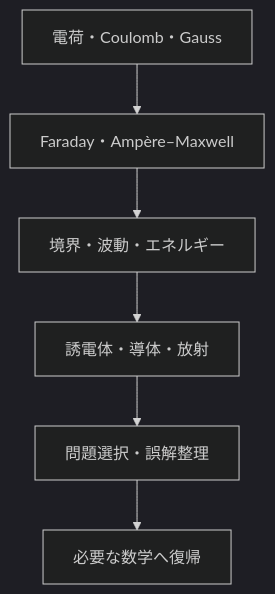
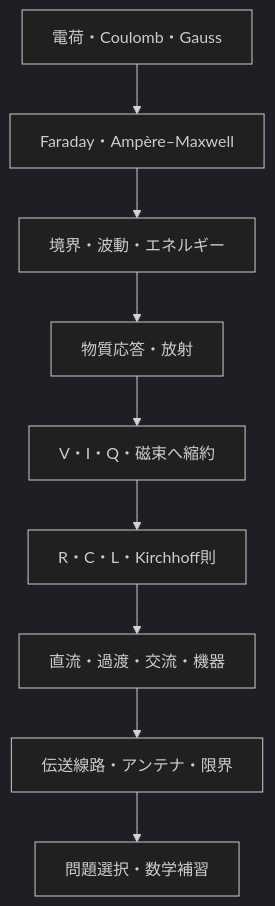
One commit to daysUlab/Learning_with_Codex changed the diagram in physics_tower/02_electromagnetism/00_overview.md. Above: the diagram before and after it, drawn with Mermaid (dark theme). The commit also changed other lines of this file and 40 other files, not shown here.

````diff
--- a/physics_tower/02_electromagnetism/00_overview.md
+++ b/physics_tower/02_electromagnetism/00_overview.md
@@ -33,8 +33,11 @@
 ```mermaid
 flowchart TD
   A["電荷・Coulomb・Gauss"] --> B["Faraday・Ampère–Maxwell"]
   B --> C["境界・波動・エネルギー"]
-  C --> D["誘電体・導体・放射"]
-  D --> E["問題選択・誤解整理"]
-  E --> F["必要な数学へ復帰"]
+  C --> D["物質応答・放射"]
+  D --> E["V・I・Q・磁束へ縮約"]
+  E --> F["R・C・L・Kirchhoff則"]
+  F --> G["直流・過渡・交流・機器"]
+  G --> H["伝送線路・アンテナ・限界"]
+  H --> I["問題選択・数学補習"]
 ```
````
